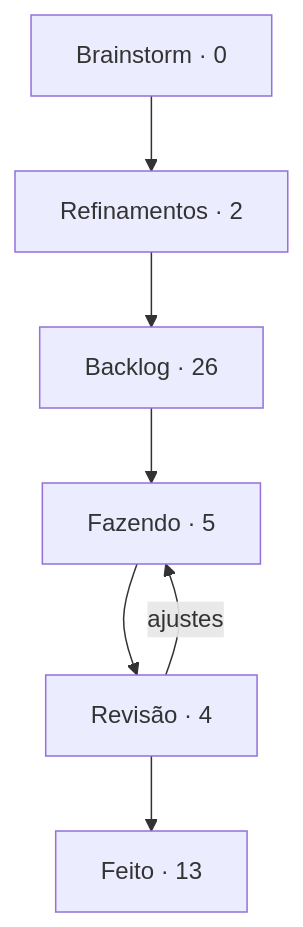
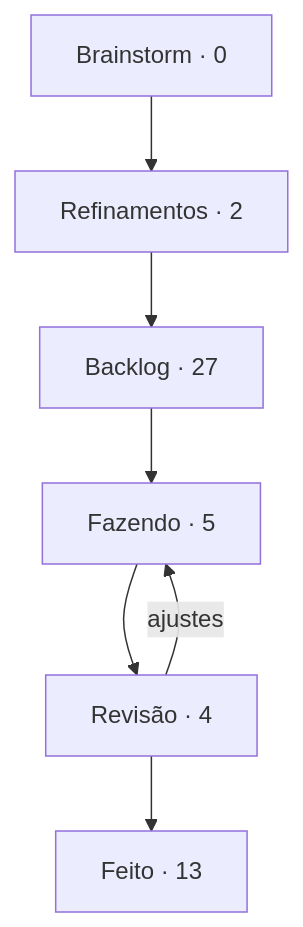
One commit to StudioVibi/VibiKanban changed the diagram in boards/dungeon-bend/BOARD.md. Above: the diagram before and after it, drawn with Mermaid. The commit also changed other lines of this file and 2 other files, not shown here.

````diff
--- a/boards/dungeon-bend/BOARD.md
+++ b/boards/dungeon-bend/BOARD.md
@@ -5,12 +5,12 @@
 ```mermaid
 flowchart TD
   brainstorm["Brainstorm · 0"] --> refinamentos["Refinamentos · 2"]
-  refinamentos --> backlog["Backlog · 26"]
+  refinamentos --> backlog["Backlog · 27"]
   backlog --> doing["Fazendo · 5"]
   doing --> review["Revisão · 4"]
   review --> done["Feito · 13"]
   review -->|ajustes| doing
   doing:::blue
   review:::yellow
   done:::green
 ```
````
